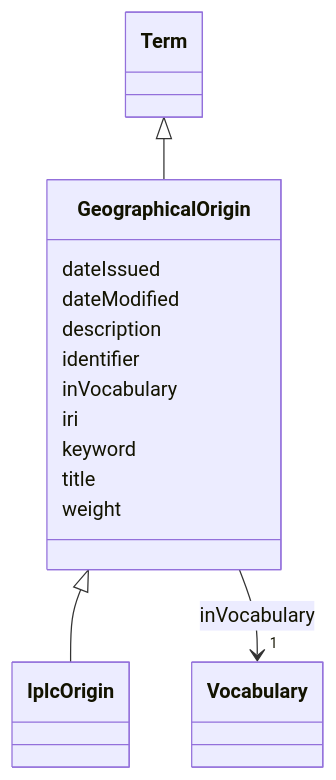
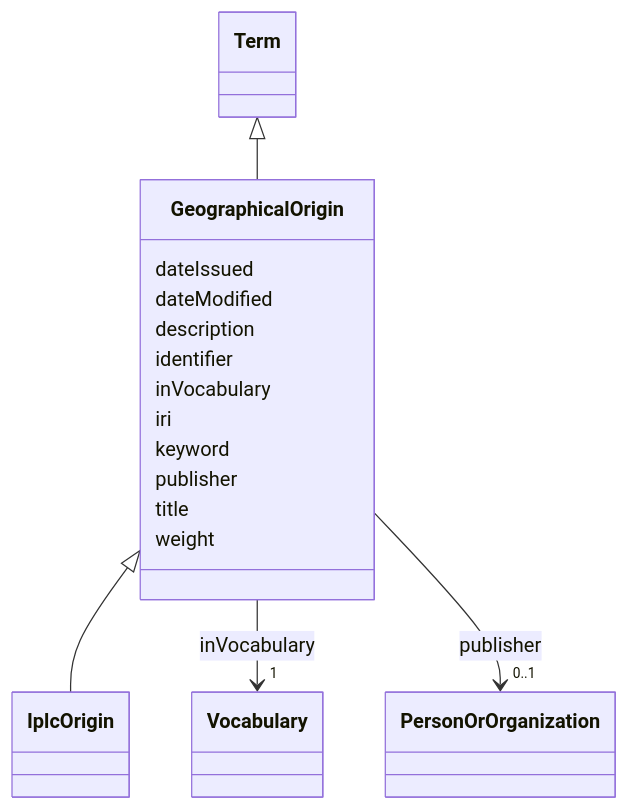
One commit to EVORA-project/evora-ontology changed the diagram in models/docs/GeographicalOrigin.md. Above: the diagram before and after it, drawn with Mermaid. The commit also changed other lines of this file and 468 other files, not shown here.

````diff
--- a/models/docs/GeographicalOrigin.md
+++ b/models/docs/GeographicalOrigin.md
@@ -19,39 +19,48 @@
 ```mermaid
  classDiagram
     class GeographicalOrigin
     click GeographicalOrigin href "../GeographicalOrigin"
       Term <|-- GeographicalOrigin
         click Term href "../Term"
       
 
       GeographicalOrigin <|-- IplcOrigin
         click IplcOrigin href "../IplcOrigin"
       
       
       GeographicalOrigin : dateIssued
         
       GeographicalOrigin : dateModified
         
       GeographicalOrigin : description
         
       GeographicalOrigin : identifier
         
       GeographicalOrigin : inVocabulary
         
           
     
     
     GeographicalOrigin --> "1" Vocabulary : inVocabulary
     click Vocabulary href "../Vocabulary"
 
         
       GeographicalOrigin : iri
         
       GeographicalOrigin : keyword
         
+      GeographicalOrigin : publisher
+        
+          
+    
+    
+    GeographicalOrigin --> "0..1" PersonOrOrganization : publisher
+    click PersonOrOrganization href "../PersonOrOrganization"
+
+        
       GeographicalOrigin : title
         
       GeographicalOrigin : weight
         
       
 ```
````
